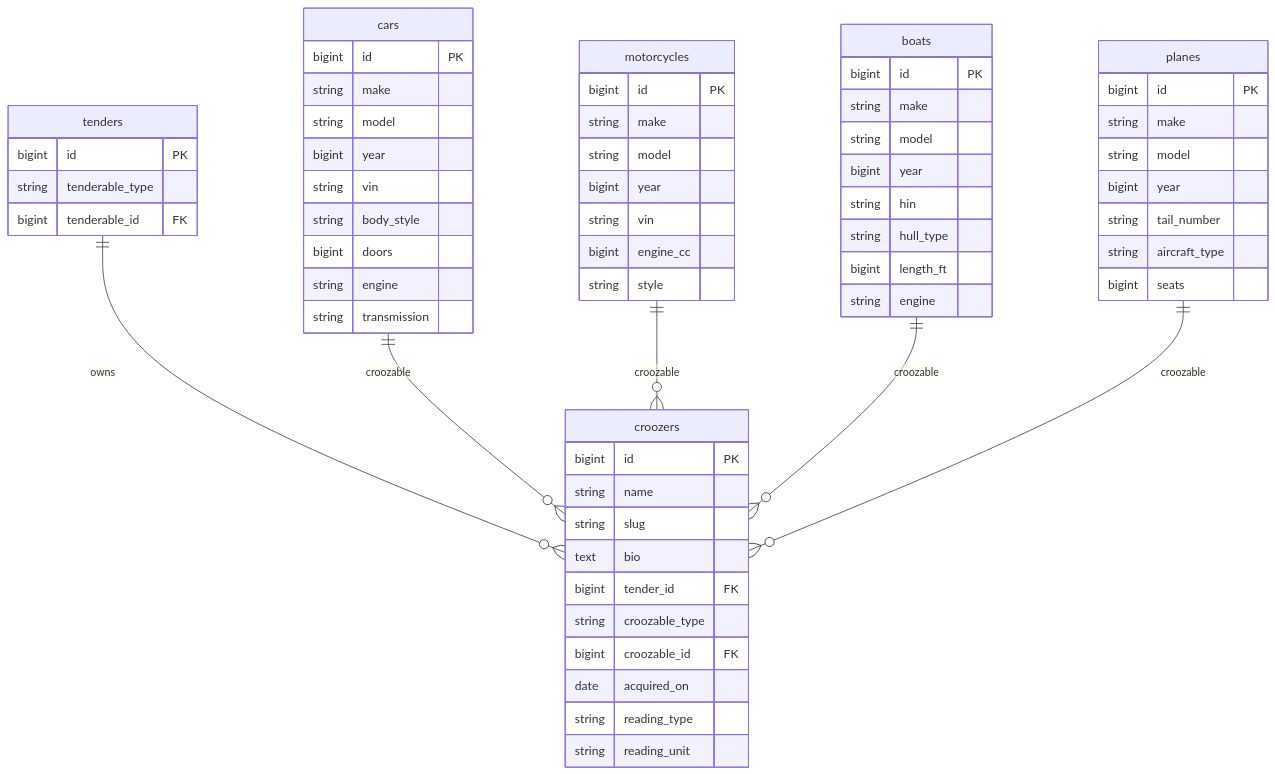
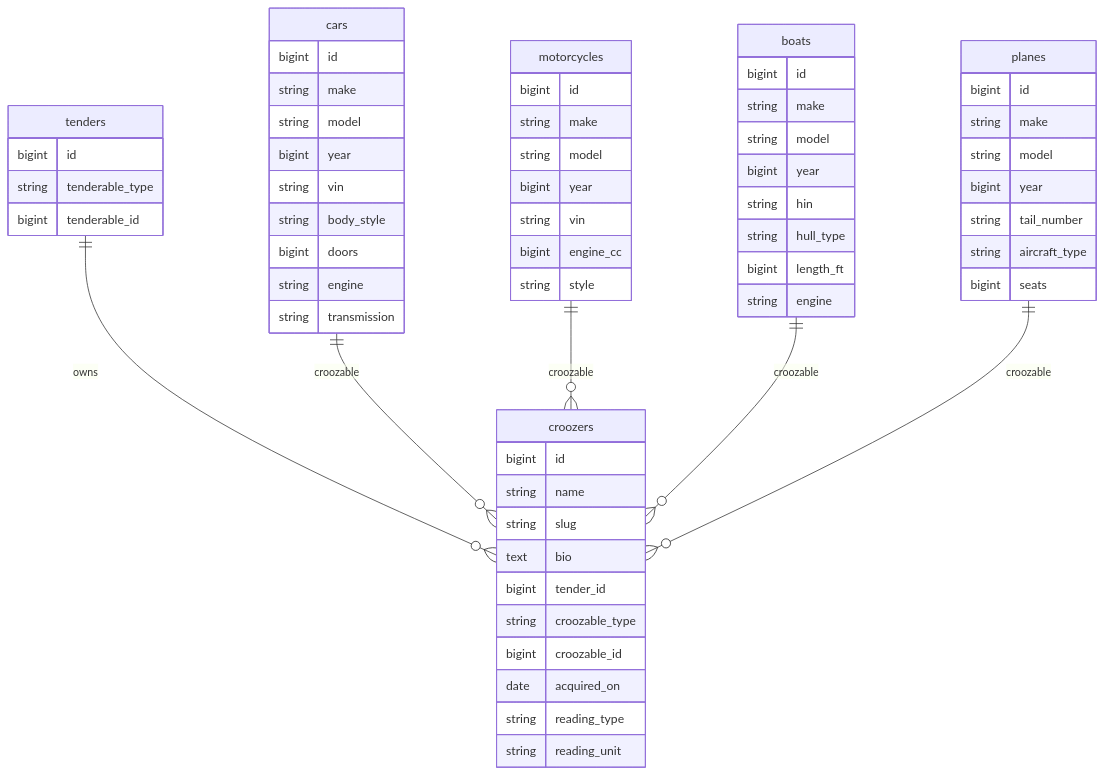
One commit to fcatuhe/crooz changed the third of 7 diagrams in .specs/schema.md. Above: the diagram before and after it, drawn with Mermaid. The commit also changed other lines of this file, not shown here.

````diff
--- a/.specs/schema.md
+++ b/.specs/schema.md
@@ -174,70 +174,70 @@
 ```mermaid
 erDiagram
     tenders {
-        bigint id PK
+        bigint id
         string tenderable_type
-        bigint tenderable_id FK
+        bigint tenderable_id
     }
 
     croozers {
-        bigint id PK
+        bigint id
         string name
         string slug
         text bio
-        bigint tender_id FK
+        bigint tender_id
         string croozable_type
-        bigint croozable_id FK
+        bigint croozable_id
         date acquired_on
         string reading_type
         string reading_unit
     }
 
     cars {
-        bigint id PK
+        bigint id
         string make
         string model
         bigint year
         string vin
         string body_style
         bigint doors
         string engine
         string transmission
     }
 
     motorcycles {
-        bigint id PK
+        bigint id
         string make
         string model
         bigint year
         string vin
         bigint engine_cc
         string style
     }
 
     boats {
-        bigint id PK
+        bigint id
         string make
         string model
         bigint year
         string hin
         string hull_type
         bigint length_ft
         string engine
     }
 
     planes {
-        bigint id PK
+        bigint id
         string make
         string model
         bigint year
         string tail_number
         string aircraft_type
         bigint seats
     }
 
     tenders ||--o{ croozers : "owns"
     cars ||--o{ croozers : "croozable"
     motorcycles ||--o{ croozers : "croozable"
     boats ||--o{ croozers : "croozable"
     planes ||--o{ croozers : "croozable"
 ```
````
